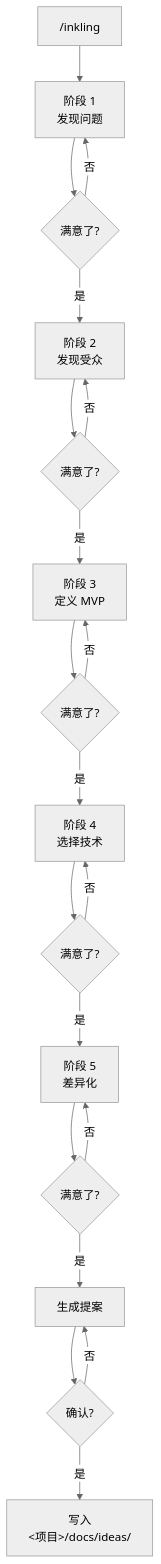
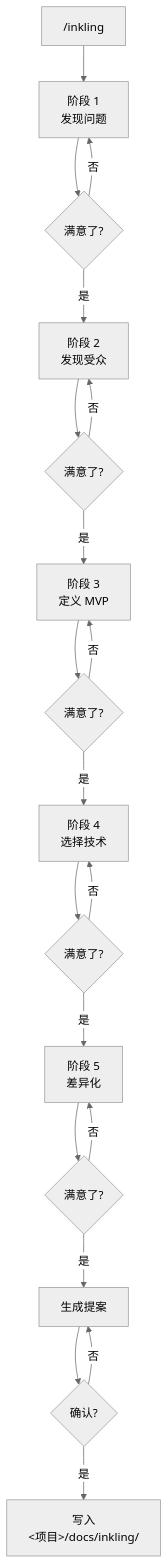
The diagram in README.zh.md (Eververdants/inkling), drawn with Mermaid (neutral theme) before and after one commit. The commit also changed other lines of this file and 5 other files, not shown here.

````diff
--- a/README.zh.md
+++ b/README.zh.md
@@ -85,22 +107,22 @@
 ```mermaid
 flowchart TD
     A["/inkling"] --> B[阶段 1<br/>发现问题]
     B --> C{满意了?}
     C -->|否| B
     C -->|是| D[阶段 2<br/>发现受众]
     D --> E{满意了?}
     E -->|否| D
     E -->|是| F[阶段 3<br/>定义 MVP]
     F --> G{满意了?}
     G -->|否| F
     G -->|是| H[阶段 4<br/>选择技术]
     H --> I{满意了?}
     I -->|否| H
     I -->|是| J[阶段 5<br/>差异化]
     J --> K{满意了?}
     K -->|否| J
     K -->|是| L[生成提案]
     L --> M{确认?}
     M -->|否| L
-    M -->|是| N["写入<br/><项目>/docs/ideas/"]
+    M -->|是| N["写入<br/><项目>/docs/inkling/"]
 ```
````
